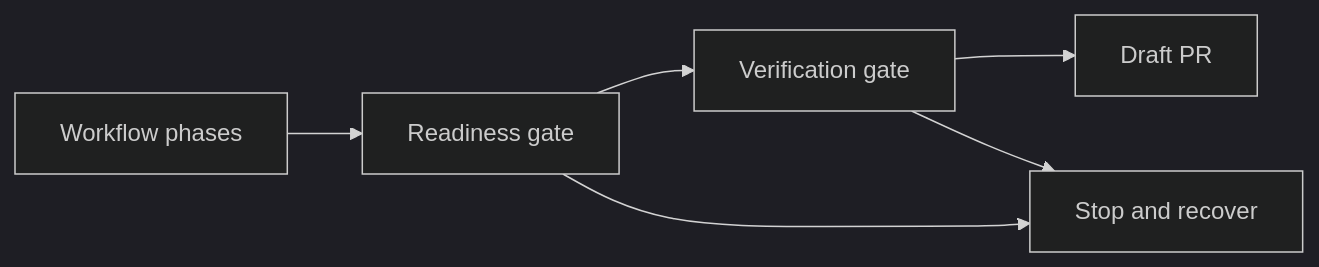
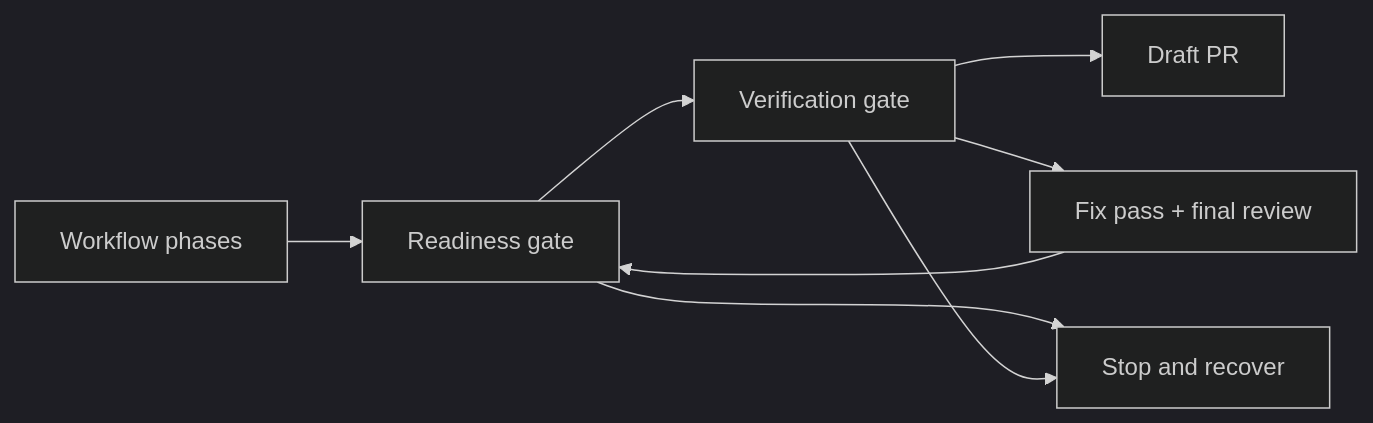
One commit to marcellocurto/roark-coding-agent changed the diagram in docs/verification.md. Above: the diagram before and after it, drawn with Mermaid (dark theme). The commit also changed other lines of this file and 26 other files, not shown here.

````diff
--- a/docs/verification.md
+++ b/docs/verification.md
@@ -10,8 +10,10 @@
 ```mermaid
 flowchart LR
   phases["Workflow phases"] --> readiness["Readiness gate"]
   readiness --> verify["Verification gate"]
   verify --> publish["Draft PR"]
   readiness --> fail["Stop and recover"]
+  verify --> repair["Fix pass + final review"]
+  repair --> readiness
   verify --> fail
 ```
````
